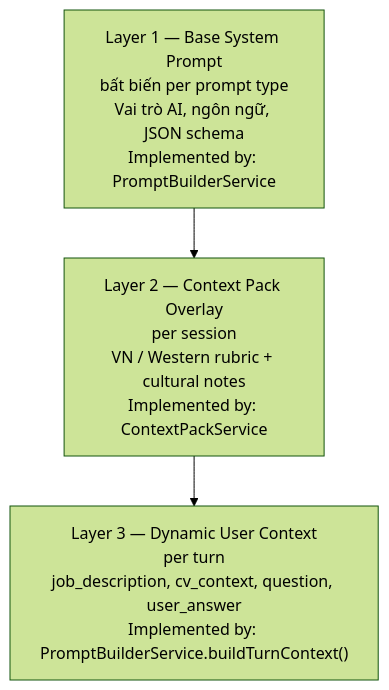
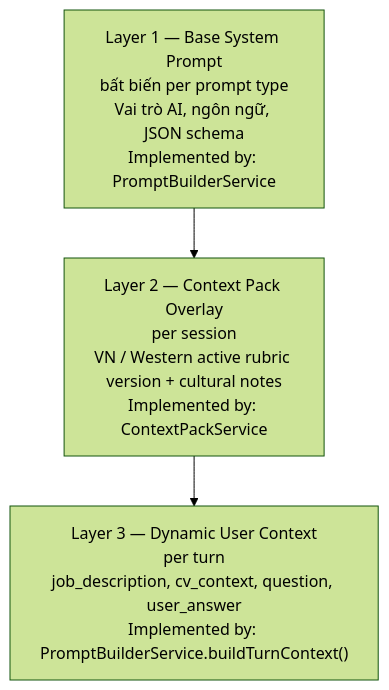
One commit to lethanhan01/interview-coach changed the ninth of 11 diagrams in docs/Design/ArchitecturalDesign/HLD_InterviewAI_v1.0.md. Above: the diagram before and after it, drawn with Mermaid (forest theme). The commit also changed other lines of this file and 30 other files, not shown here.

````diff
--- a/docs/Design/ArchitecturalDesign/HLD_InterviewAI_v1.0.md
+++ b/docs/Design/ArchitecturalDesign/HLD_InterviewAI_v1.0.md
@@ -726,7 +726,7 @@
 ```mermaid
 flowchart TB
     L1["Layer 1 — Base System Prompt\nbất biến per prompt type\nVai trò AI, ngôn ngữ, JSON schema\nImplemented by: PromptBuilderService"]
-    L2["Layer 2 — Context Pack Overlay\nper session\nVN / Western rubric + cultural notes\nImplemented by: ContextPackService"]
+    L2["Layer 2 — Context Pack Overlay\nper session\nVN / Western active rubric version + cultural notes\nImplemented by: ContextPackService"]
     L3["Layer 3 — Dynamic User Context\nper turn\njob_description, cv_context, question, user_answer\nImplemented by: PromptBuilderService.buildTurnContext()"]
     L1 --> L2 --> L3
 ```
````
